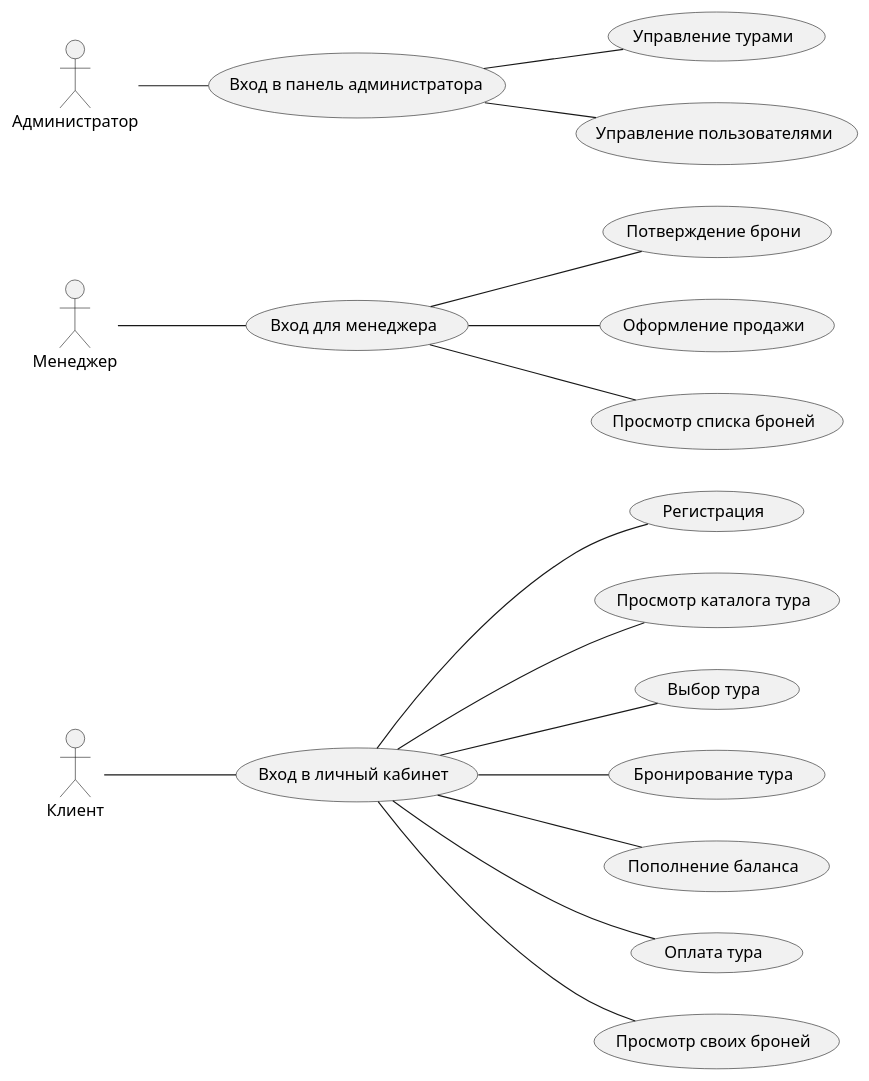
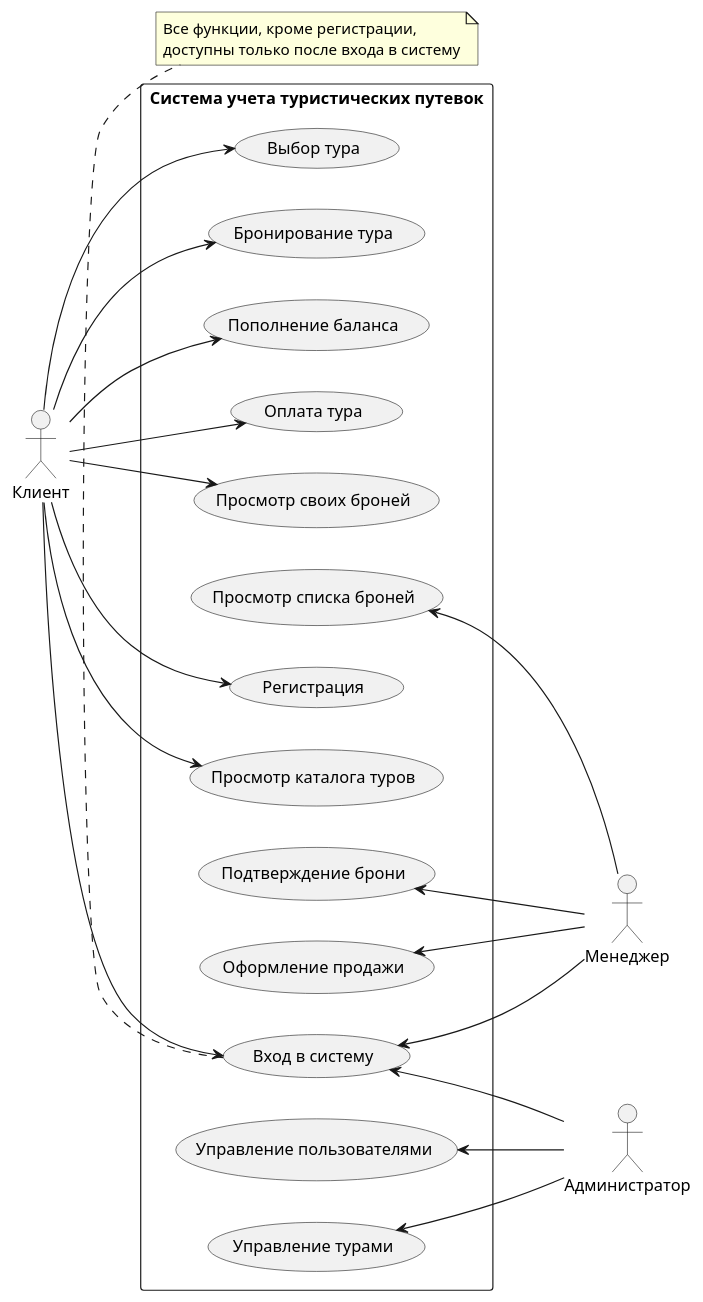
One commit to ego1sto666/accounting-for-travel-packages changed the diagram in docs/diagrams/use_case.puml. Above: the diagram before and after it, drawn with PlantUML. The commit also changed 9 other files, not shown here.

First line of the commit message:
Исправления ЛР1–3: схема БД, диаграммы, структура проекта, README

```diff
--- a/docs/diagrams/use_case.puml
+++ b/docs/diagrams/use_case.puml
@@ -1,32 +1,52 @@
 @startuml
 left to right direction
 skinparam packageStyle rectangle
 
 actor "Клиент" as Client
 actor "Менеджер" as Manager
 actor "Администратор" as Admin
 
-' Уникальные названия входов без цифр
-Client -- (Вход в личный кабинет)
-Manager -- (Вход для менеджера)
-Admin -- (Вход в панель администратора)
+rectangle "Система учета туристических путевок" {
+    usecase "Регистрация" as UC_Register
+    usecase "Вход в систему" as UC_Login
 
-' Связи для клиента
-(Вход в личный кабинет) -- (Регистрация)
-(Вход в личный кабинет) -- (Просмотр каталога тура)
-(Вход в личный кабинет) -- (Выбор тура)
-(Вход в личный кабинет) -- (Бронирование тура)
-(Вход в личный кабинет) -- (Пополнение баланса)
-(Вход в личный кабинет) -- (Оплата тура)
-(Вход в личный кабинет) -- (Просмотр своих броней)
+    usecase "Просмотр каталога туров" as UC_Catalog
+    usecase "Выбор тура" as UC_Choose
+    usecase "Бронирование тура" as UC_Book
+    usecase "Пополнение баланса" as UC_Balance
+    usecase "Оплата тура" as UC_Pay
+    usecase "Просмотр своих броней" as UC_MyBookings
 
-' Связи для менеджера
-(Вход для менеджера) -- (Потверждение брони)
-(Вход для менеджера) -- (Оформление продажи)
-(Вход для менеджера) -- (Просмотр списка броней)
+    usecase "Подтверждение брони" as UC_Confirm
+    usecase "Оформление продажи" as UC_Sale
+    usecase "Просмотр списка броней" as UC_AllBookings
 
-' Связи для администратора
-(Вход в панель администратора) -- (Управление турами)
-(Вход в панель администратора) -- (Управление пользователями)
+    usecase "Управление турами" as UC_Tours
+    usecase "Управление пользователями" as UC_Users
+}
 
+' Клиент (слева). Регистрация доступна без входа в систему
+Client --> UC_Register
+Client --> UC_Login
+Client --> UC_Catalog
+Client --> UC_Choose
+Client --> UC_Book
+Client --> UC_Balance
+Client --> UC_Pay
+Client --> UC_MyBookings
+
+' Менеджер и администратор (справа)
+UC_Login <-- Manager
+UC_Confirm <-- Manager
+UC_Sale <-- Manager
+UC_AllBookings <-- Manager
+
+UC_Login <-- Admin
+UC_Tours <-- Admin
+UC_Users <-- Admin
+
+note bottom of UC_Login
+  Все функции, кроме регистрации,
+  доступны только после входа в систему
+end note
 @enduml
```
